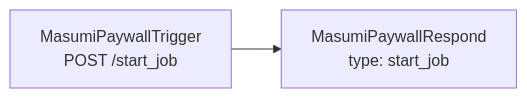
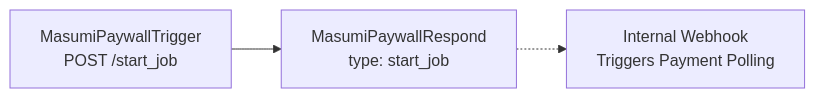
Before and after one commit to masumi-network/n8n-nodes-masumi-payment: the third of 6 diagrams in README.md, drawn with Mermaid. The commit also changed other lines of this file and 12 other files, not shown here.

Commit message:
update version to 0.5.0; enhance job status handling, split workflow architecture to bypass job creation issue on n8n, add internal polling trigger

````diff
--- a/README.md
+++ b/README.md
@@ -128,4 +131,5 @@
 ```mermaid
 graph LR
     A[MasumiPaywallTrigger<br/>POST /start_job] --> B[MasumiPaywallRespond<br/>type: start_job]
+    B -.-> C[Internal Webhook<br/>Triggers Payment Polling]
 ```
````
